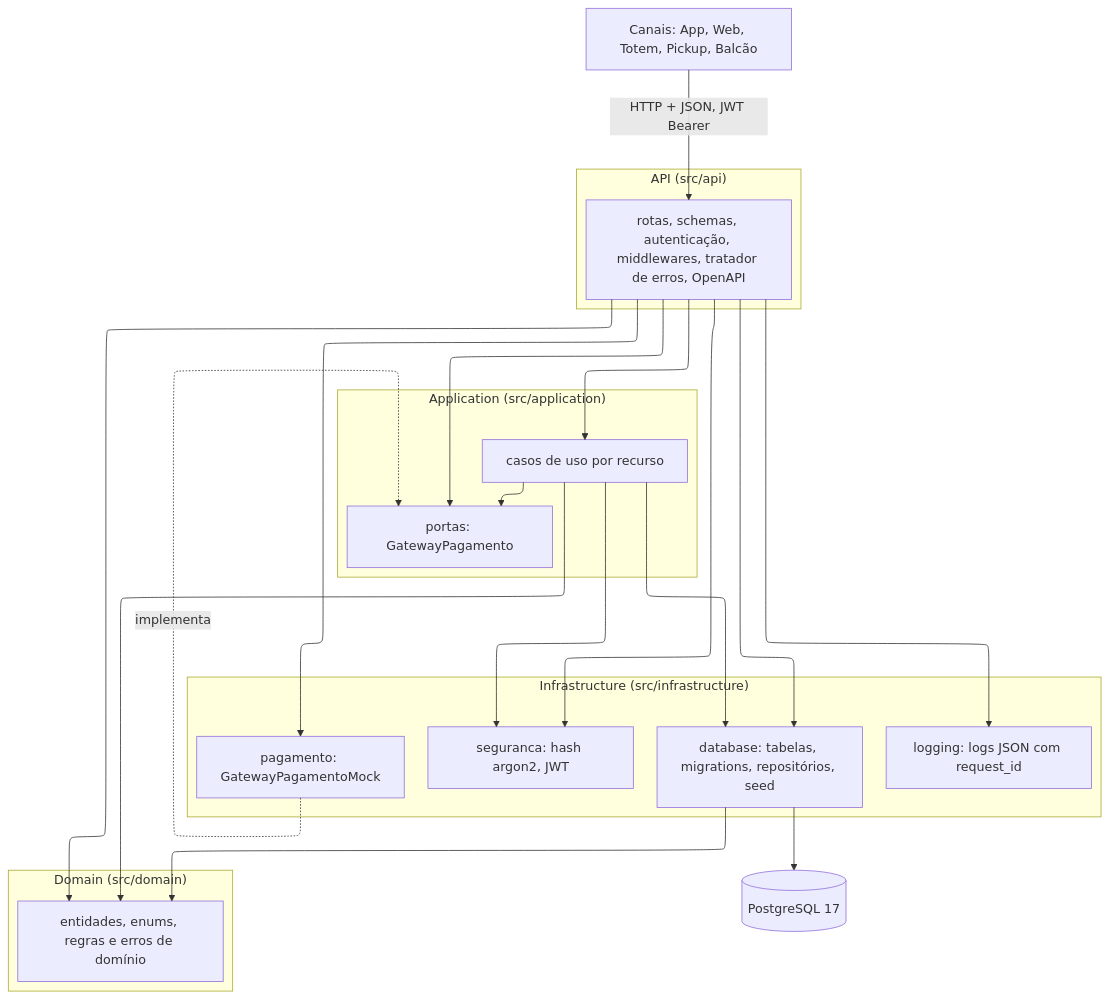
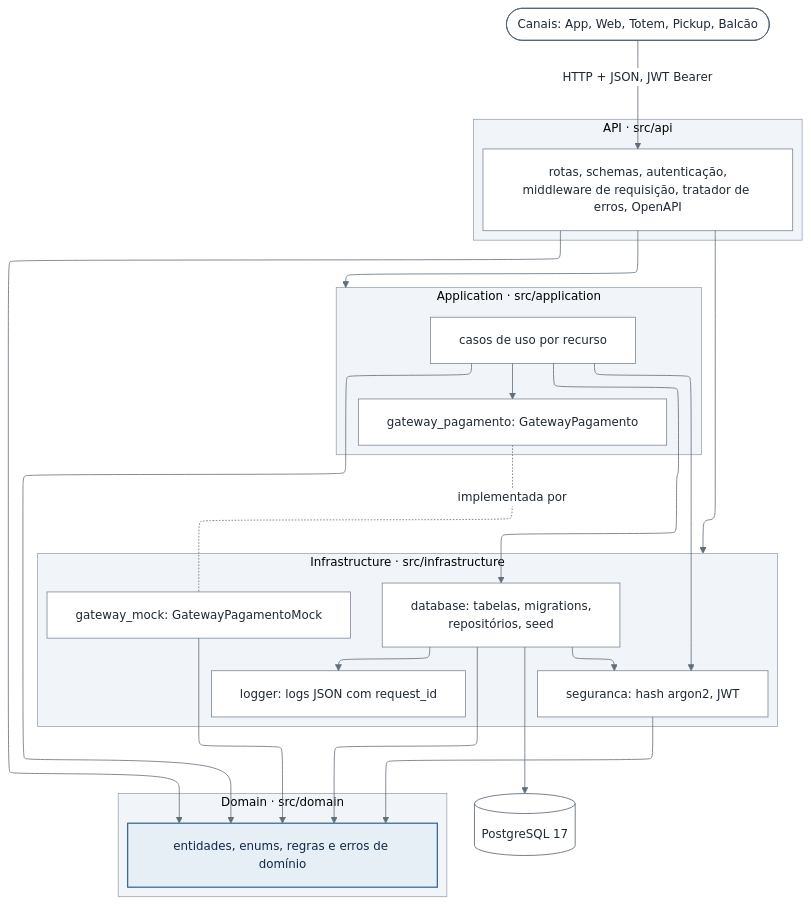
One commit to SoaresCRF/raizes-do-nordeste changed the diagram in docs/diagramas/arquitetura.mmd. Above: the diagram before and after it, drawn with Mermaid. The commit also changed 140 other files, not shown here.

```diff
--- a/docs/diagramas/arquitetura.mmd
+++ b/docs/diagramas/arquitetura.mmd
@@ -1,39 +1,67 @@
 ---
 config:
+  theme: base
   layout: elk
+  fontFamily: "Segoe UI, Arial, sans-serif"
+  themeVariables:
+    fontSize: 15px
+    primaryColor: "#FFFFFF"
+    primaryBorderColor: "#7B8794"
+    primaryTextColor: "#1F2933"
+    lineColor: "#616E7C"
+    clusterBkg: "#F1F4F8"
+    clusterBorder: "#9AA5B1"
+    edgeLabelBackground: "#FFFFFF"
+    dropShadow: none
+  flowchart:
+    nodeSpacing: 36
+    rankSpacing: 60
+    padding: 18
+    wrappingWidth: 320
 ---
 flowchart TB
-    clientes["Canais: App, Web, Totem, Pickup, Balcão"]
-    subgraph api["API (src/api)"]
-        rotas["rotas, schemas, autenticação, middlewares, tratador de erros, OpenAPI"]
+    clientes(["Canais: App, Web, Totem, Pickup, Balcão"])
+
+    subgraph api["API · src/api"]
+        rotas["rotas, schemas, autenticação,<br/>middleware de requisição, tratador de erros, OpenAPI"]
     end
-    subgraph application["Application (src/application)"]
+
+    subgraph application["Application · src/application"]
         casos["casos de uso por recurso"]
-        portas["portas: GatewayPagamento"]
+        portas["gateway_pagamento: GatewayPagamento"]
     end
-    subgraph domain["Domain (src/domain)"]
+
+    subgraph infrastructure["Infrastructure · src/infrastructure"]
+        pagamento["gateway_mock: GatewayPagamentoMock"]
+        banco["database: tabelas, migrations,<br/>repositórios, seed"]
+        seguranca["seguranca: hash argon2, JWT"]
+        logging["logger: logs JSON com request_id"]
+    end
+
+    subgraph domain["Domain · src/domain"]
         entidades["entidades, enums, regras e erros de domínio"]
     end
-    subgraph infrastructure["Infrastructure (src/infrastructure)"]
-        banco["database: tabelas, migrations, repositórios, seed"]
-        pagamento["pagamento: GatewayPagamentoMock"]
-        seguranca["seguranca: hash argon2, JWT"]
-        logging["logging: logs JSON com request_id"]
-    end
+
     postgres[("PostgreSQL 17")]
 
+    %% As rotas usam todos os módulos de Application e Infrastructure, por isso a seta vai para o grupo.
     clientes -- "HTTP + JSON, JWT Bearer" --> rotas
-    rotas --> casos
+    rotas --> application
+    rotas --> infrastructure
     rotas --> entidades
-    rotas --> banco
-    rotas --> portas
-    rotas --> pagamento
-    rotas --> seguranca
-    rotas --> logging
+    casos --> portas
     casos --> entidades
     casos --> banco
-    casos --> portas
     casos --> seguranca
-    pagamento -. implementa .-> portas
+    portas -. implementada por .- pagamento
+    banco --> seguranca
+    banco --> logging
+    banco --> entidades
+    seguranca --> entidades
+    pagamento --> entidades
     banco --> postgres
-    banco --> entidades
+
+    classDef nucleo fill:#E6EEF6,stroke:#2F5F8A,stroke-width:1.5px,color:#102A43
+    classDef externo fill:#FFFFFF,stroke:#52606D,stroke-width:1px,color:#1F2933
+    class entidades nucleo
+    class clientes,postgres externo
```
